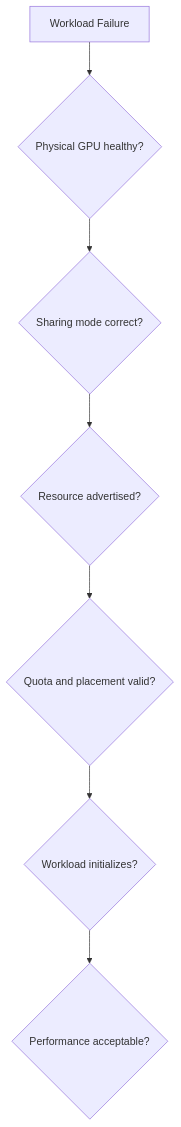
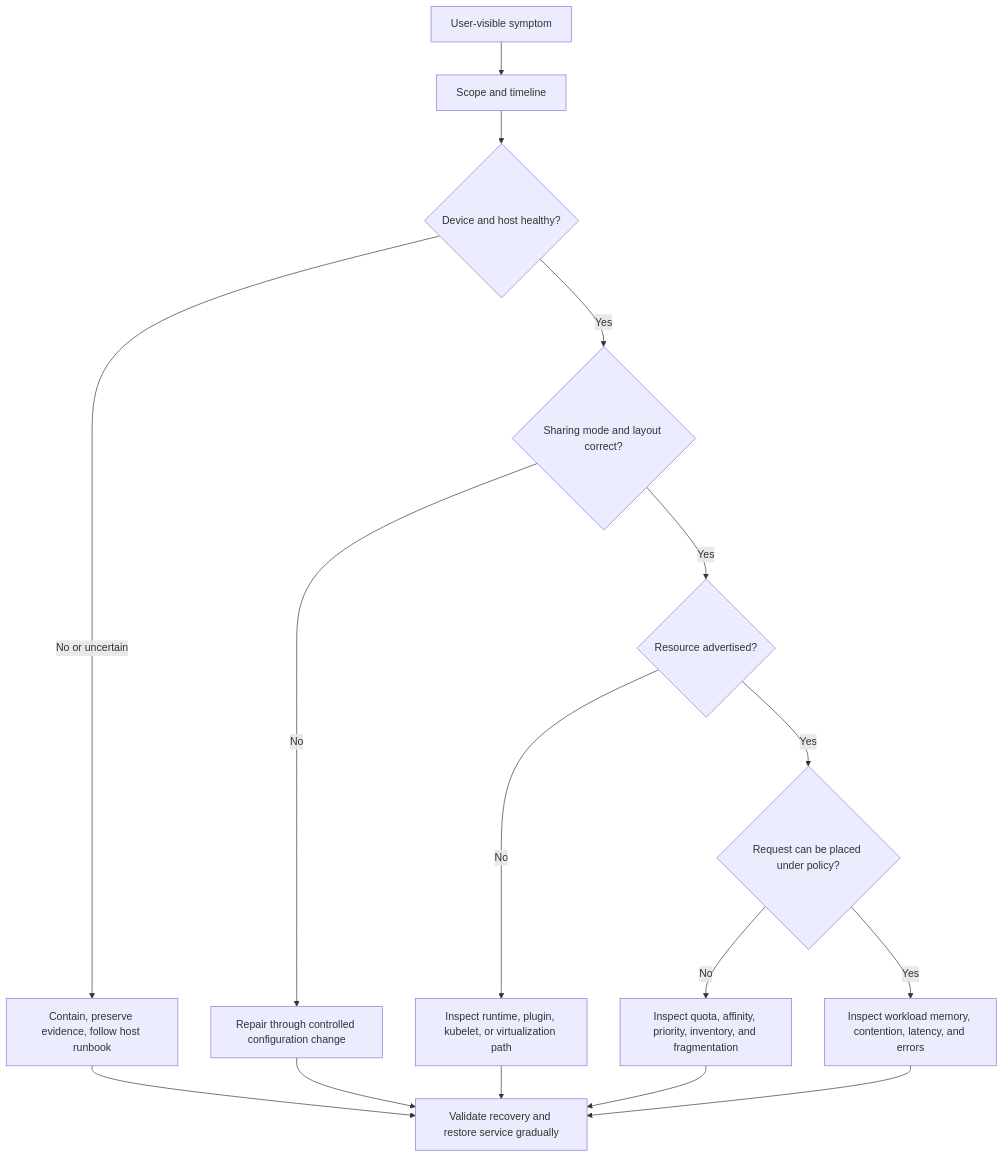
One commit to jithinpnjm/nvidia-devops changed the diagram in docs/nvidia-zero-to-hero/volume-11/chapter-11-production-troubleshooting.md. Above: the diagram before and after it, drawn with Mermaid. The commit also changed other lines of this file and 3 other files, not shown here.

````diff
--- a/docs/nvidia-zero-to-hero/volume-11/chapter-11-production-troubleshooting.md
+++ b/docs/nvidia-zero-to-hero/volume-11/chapter-11-production-troubleshooting.md
@@ -12,12 +26,18 @@
 ```mermaid
 flowchart TD
-    Symptom[Workload Failure]
-    GPU{Physical GPU healthy?}
-    Mode{Sharing mode correct?}
-    Resource{Resource advertised?}
-    Policy{Quota and placement valid?}
-    Runtime{Workload initializes?}
-    SLO{Performance acceptable?}
-
-    Symptom --> GPU --> Mode --> Resource --> Policy --> Runtime --> SLO
+    Symptom[User-visible symptom] --> Scope[Scope and timeline]
+    Scope --> Physical{Device and host healthy?}
+    Physical -->|No or uncertain| Protect[Contain, preserve evidence, follow host runbook]
+    Physical -->|Yes| Mode{Sharing mode and layout correct?}
+    Mode -->|No| Config[Repair through controlled configuration change]
+    Mode -->|Yes| Discovery{Resource advertised?}
+    Discovery -->|No| Runtime[Inspect runtime, plugin, kubelet, or virtualization path]
+    Discovery -->|Yes| Placement{Request can be placed under policy?}
+    Placement -->|No| Policy[Inspect quota, affinity, priority, inventory, and fragmentation]
+    Placement -->|Yes| Outcome[Inspect workload memory, contention, latency, and errors]
+    Protect --> Validate[Validate recovery and restore service gradually]
+    Config --> Validate
+    Runtime --> Validate
+    Policy --> Validate
+    Outcome --> Validate
 ```
````
